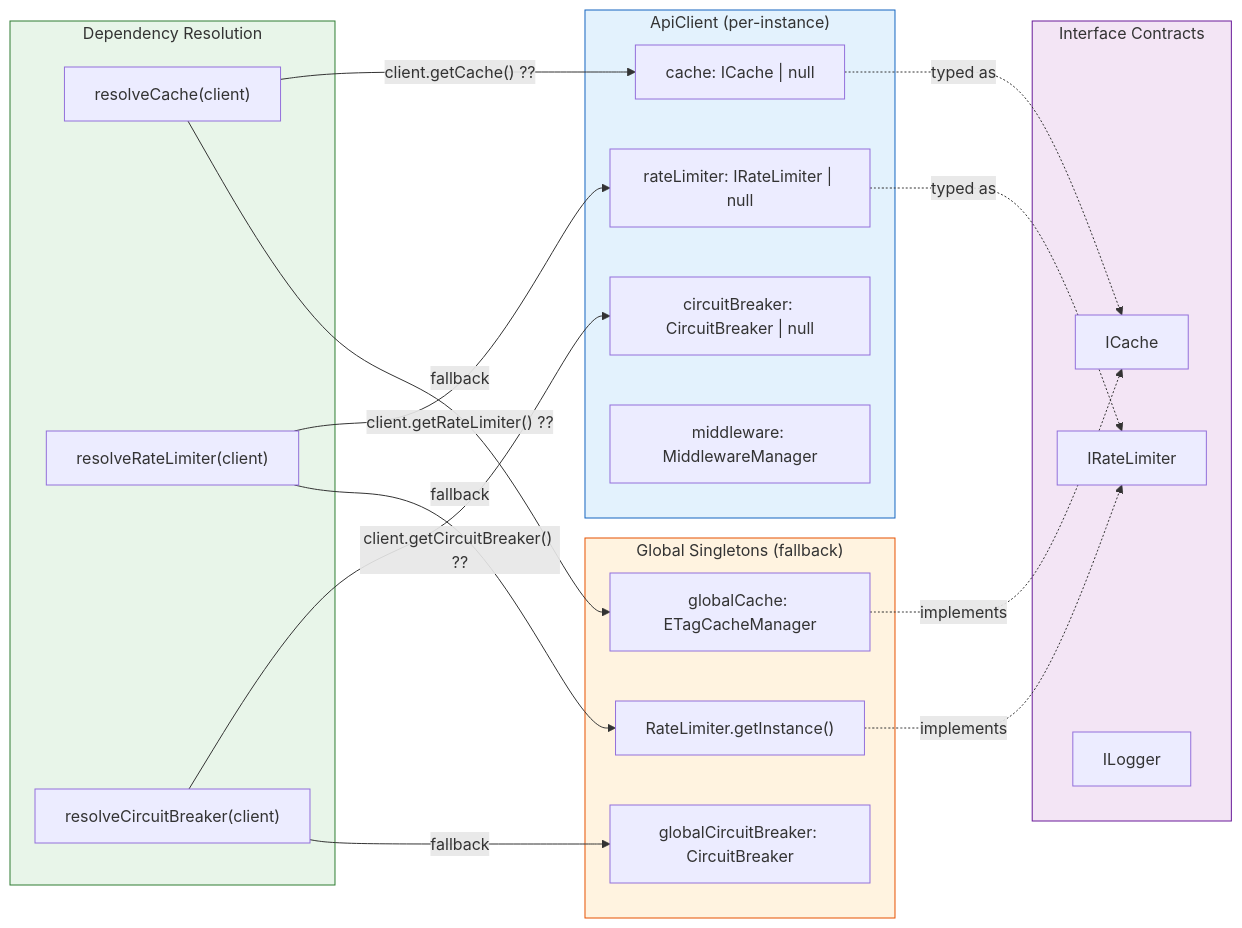
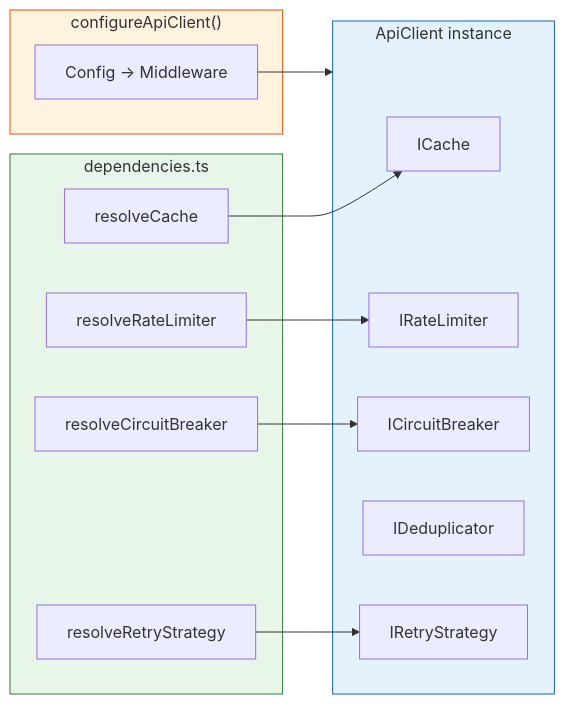
Before and after one commit to lgriffin/ESI.ts: the eighth of 18 diagrams in media/ARCHITECTURE.md, drawn with Mermaid. The commit also changed other lines of this file and 928 other files, not shown here.

````diff
--- a/media/ARCHITECTURE.md
+++ b/media/ARCHITECTURE.md
@@ -237,44 +458,31 @@
 ```mermaid
-graph LR
-    subgraph ApiClient["ApiClient (per-instance)"]
-        ClientCache["cache: ICache | null"]
-        ClientRL["rateLimiter: IRateLimiter | null"]
-        ClientCB["circuitBreaker: CircuitBreaker | null"]
-        ClientMW["middleware: MiddlewareManager"]
+flowchart LR
+    subgraph ConfigFactory ["configureApiClient()"]
+        Wire["Config → Middleware"]
     end
 
-    subgraph Globals["Global Singletons (fallback)"]
-        GlobalCache["globalCache: ETagCacheManager"]
-        GlobalCB["globalCircuitBreaker: CircuitBreaker"]
-        GlobalRL["RateLimiter.getInstance()"]
+    subgraph Client ["ApiClient instance"]
+        cache["ICache"]
+        rl["IRateLimiter"]
+        cb["ICircuitBreaker"]
+        dedup["IDeduplicator"]
+        retry["IRetryStrategy"]
     end
 
-    subgraph Resolution["Dependency Resolution"]
-        ResolveCache["resolveCache(client)"]
-        ResolveRL["resolveRateLimiter(client)"]
-        ResolveCB["resolveCircuitBreaker(client)"]
+    subgraph Resolution ["dependencies.ts"]
+        rc["resolveCache"]
+        rr["resolveRateLimiter"]
+        rcb["resolveCircuitBreaker"]
+        rrt["resolveRetryStrategy"]
     end
 
-    subgraph Interfaces["Interface Contracts"]
-        ICache["ICache"]
-        IRateLimiter["IRateLimiter"]
-        ILogger["ILogger"]
-    end
+    Wire --> Client
+    rc --> cache
+    rr --> rl
+    rcb --> cb
+    rrt --> retry
 
-    ResolveCache -->|"client.getCache() ??"| ClientCache
-    ResolveCache -->|fallback| GlobalCache
-    ResolveRL -->|"client.getRateLimiter() ??"| ClientRL
-    ResolveRL -->|fallback| GlobalRL
-    ResolveCB -->|"client.getCircuitBreaker() ??"| ClientCB
-    ResolveCB -->|fallback| GlobalCB
-
-    ClientCache -.->|typed as| ICache
-    ClientRL -.->|typed as| IRateLimiter
-    GlobalCache -.->|implements| ICache
-    GlobalRL -.->|implements| IRateLimiter
-
-    style Interfaces fill:#f3e5f5,stroke:#6a1b9a
+    style ConfigFactory fill:#fff3e0,stroke:#e65100
+    style Client fill:#e3f2fd,stroke:#1565c0
     style Resolution fill:#e8f5e9,stroke:#2e7d32
-    style ApiClient fill:#e3f2fd,stroke:#1565c0
-    style Globals fill:#fff3e0,stroke:#e65100
 ```
````
